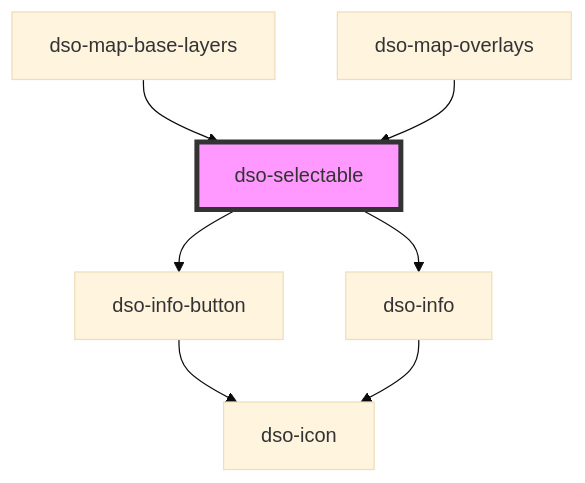
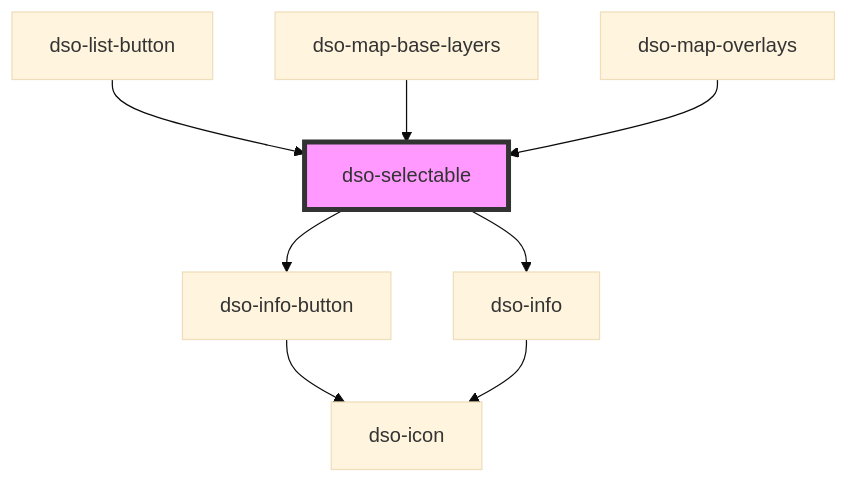
Before and after one commit to dso-toolkit/dso-toolkit: the diagram in packages/core/src/components/selectable/readme.md, drawn with Mermaid (base theme). The commit also changed other lines of this file and 4 other files, not shown here.

Commit message:
#3094 List Button gebruikt Core Selectable

````diff
--- a/packages/core/src/components/selectable/readme.md
+++ b/packages/core/src/components/selectable/readme.md
@@ -76,10 +77,11 @@
 ```mermaid
 graph TD;
   dso-selectable --> dso-info-button
   dso-selectable --> dso-info
   dso-info-button --> dso-icon
   dso-info --> dso-icon
+  dso-list-button --> dso-selectable
   dso-map-base-layers --> dso-selectable
   dso-map-overlays --> dso-selectable
   style dso-selectable fill:#f9f,stroke:#333,stroke-width:4px
 ```
````
